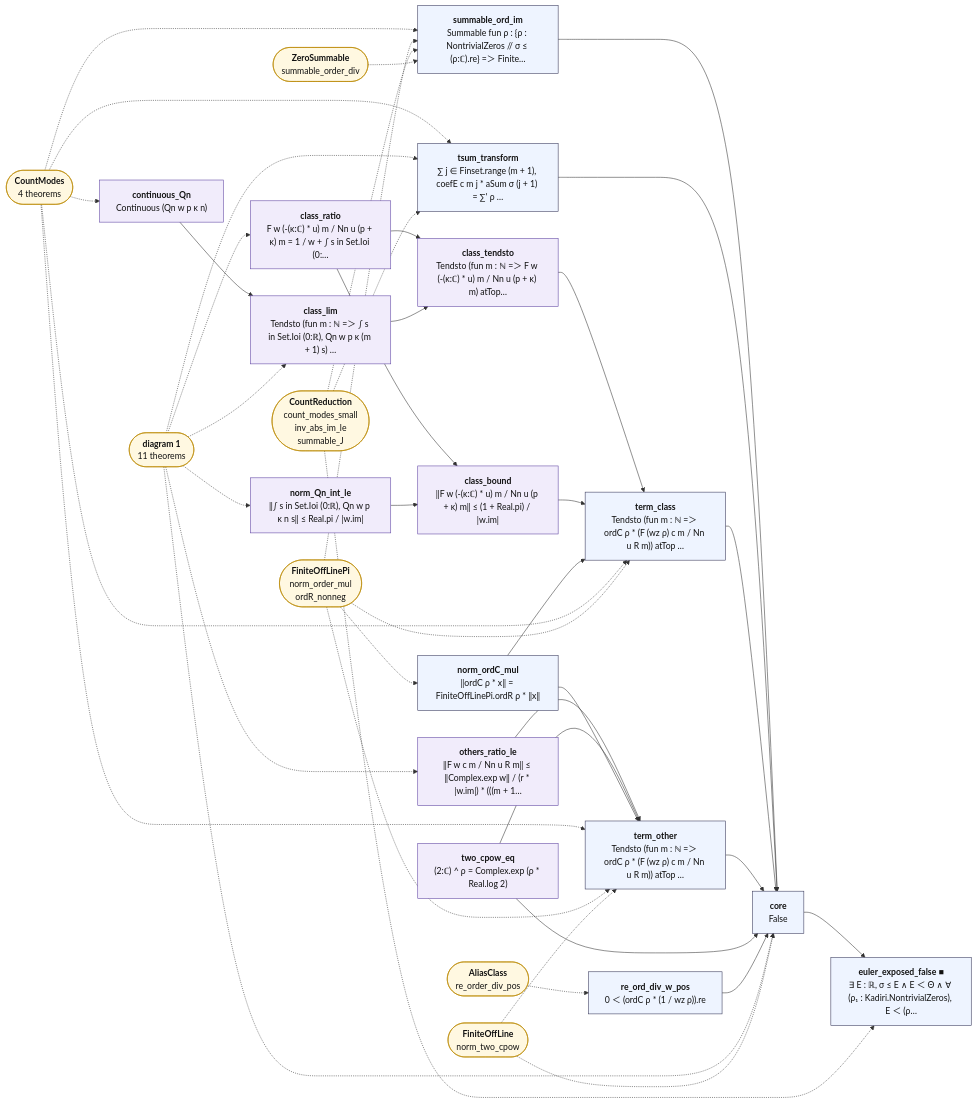
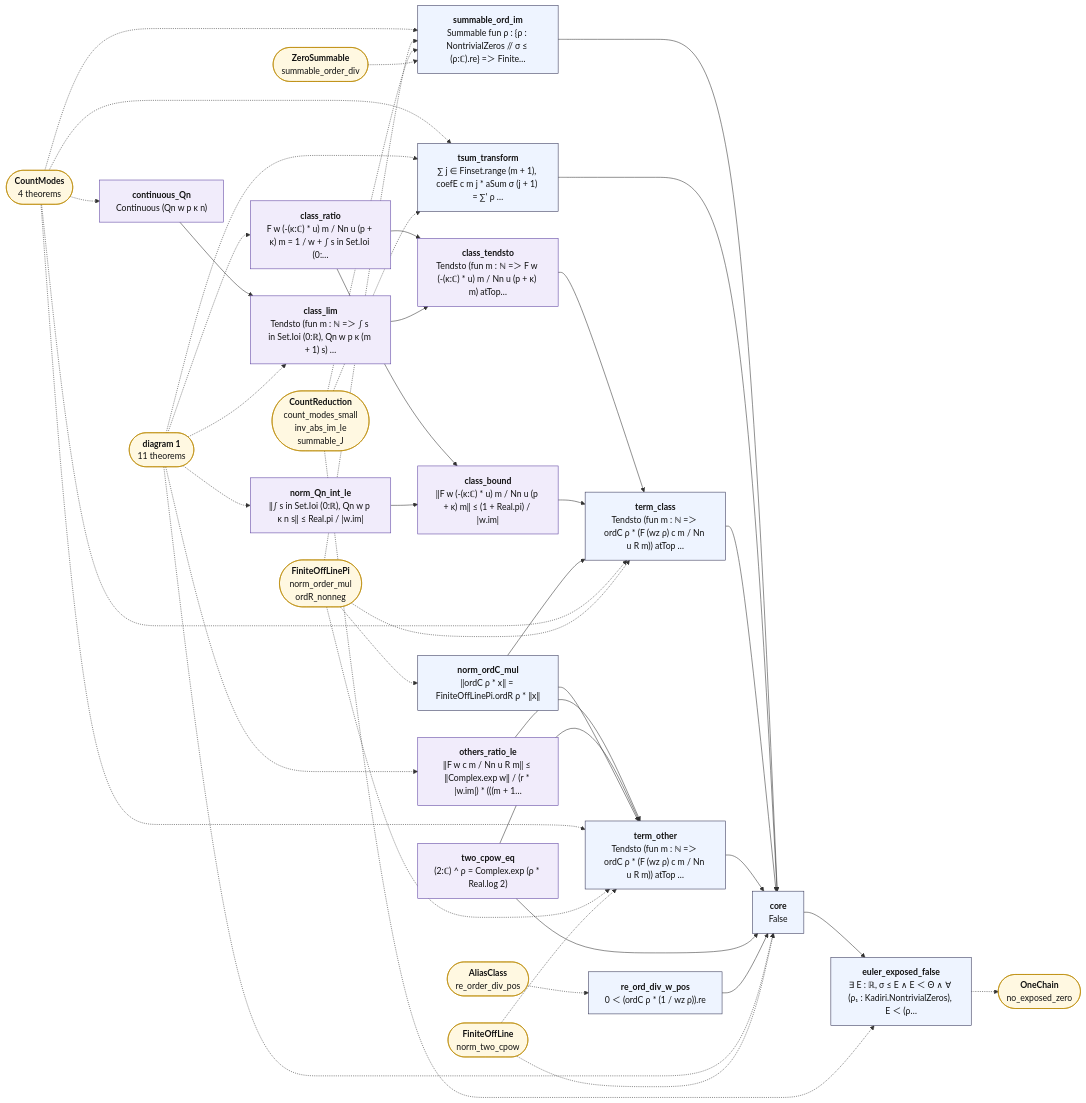
One commit to juliansambranojr/Primebeat_081426 changed the second of 2 diagrams in map/lean_stage3/CountEuler.md. Above: the diagram before and after it, drawn with Mermaid. The commit also changed other lines of this file and 62 other files, not shown here.

First line of the commit message:
Block J4: one chain, the closed loop tied to the tree's main theorems (unit 0479)

````diff
--- a/map/lean_stage3/CountEuler.md
+++ b/map/lean_stage3/CountEuler.md
@@ -109,74 +109,76 @@
 ```mermaid
 flowchart LR
   n0["<b>continuous_Qn</b><br/>Continuous (Qn w p κ n)"]:::shp
   n1["<b>class_ratio</b><br/>F w (-(κ:ℂ) * u) m / Nn u (p + κ) m = 1 / w + ∫ s in Set.Ioi (0:…"]:::shp
   n2["<b>class_lim</b><br/>Tendsto (fun m : ℕ =＞ ∫ s in Set.Ioi (0:ℝ), Qn w p κ (m + 1) s) …"]:::shp
   n3["<b>norm_Qn_int_le</b><br/>‖∫ s in Set.Ioi (0:ℝ), Qn w p κ n s‖ ≤ Real.pi / |w.im|"]:::shp
   n4["<b>class_tendsto</b><br/>Tendsto (fun m : ℕ =＞ F w (-(κ:ℂ) * u) m / Nn u (p + κ) m) atTop…"]:::shp
   n5["<b>class_bound</b><br/>‖F w (-(κ:ℂ) * u) m / Nn u (p + κ) m‖ ≤ (1 + Real.pi) / |w.im|"]:::shp
   n6["<b>others_ratio_le</b><br/>‖F w c m / Nn u R m‖ ≤ ‖Complex.exp w‖ / (r * |w.im|) * (((m + 1…"]:::shp
   n7["<b>two_cpow_eq</b><br/>(2:ℂ) ^ ρ = Complex.exp (ρ * Real.log 2)"]:::shp
   n8["<b>norm_ordC_mul</b><br/>‖ordC ρ * x‖ = FiniteOffLinePi.ordR ρ * ‖x‖"]:::thm
   n9["<b>re_ord_div_w_pos</b><br/>0 ＜ (ordC ρ * (1 / wz ρ)).re"]:::thm
   n10["<b>summable_ord_im</b><br/>Summable fun ρ : {ρ : NontrivialZeros // σ ≤ (ρ:ℂ).re} =＞ Finite…"]:::thm
   n11["<b>tsum_transform</b><br/>∑ j ∈ Finset.range (m + 1), coefE c m j * aSum σ (j + 1) = ∑' ρ …"]:::thm
   n12["<b>term_class</b><br/>Tendsto (fun m : ℕ =＞ ordC ρ * (F (wz ρ) c m / Nn u R m)) atTop …"]:::thm
   n13["<b>term_other</b><br/>Tendsto (fun m : ℕ =＞ ordC ρ * (F (wz ρ) c m / Nn u R m)) atTop …"]:::thm
   n14["<b>core</b><br/>False"]:::thm
-  n15["<b>euler_exposed_false ■</b><br/>∃ E : ℝ, σ ≤ E ∧ E ＜ Θ ∧ ∀ (ρ₁ : Kadiri.NontrivialZeros), E ＜ (ρ…"]:::thm
+  n15["<b>euler_exposed_false</b><br/>∃ E : ℝ, σ ≤ E ∧ E ＜ Θ ∧ ∀ (ρ₁ : Kadiri.NontrivialZeros), E ＜ (ρ…"]:::thm
   x0(["<b>CountModes</b><br/>4 theorems"]):::ext
   x1(["<b>diagram 1</b><br/>11 theorems"]):::ext
   x2(["<b>FiniteOffLinePi</b><br/>norm_order_mul<br/>ordR_nonneg"]):::ext
   x3(["<b>AliasClass</b><br/>re_order_div_pos"]):::ext
   x4(["<b>CountReduction</b><br/>count_modes_small<br/>inv_abs_im_le<br/>summable_J"]):::ext
   x5(["<b>ZeroSummable</b><br/>summable_order_div"]):::ext
   x6(["<b>FiniteOffLine</b><br/>norm_two_cpow"]):::ext
+  x7(["<b>OneChain</b><br/>no_exposed_zero"]):::ext
   n0 --> n2
   n1 --> n4
   n1 --> n5
   n10 --> n14
   n11 --> n14
   n12 --> n14
   n13 --> n14
   n14 --> n15
   n2 --> n4
   n3 --> n5
   n4 --> n12
   n5 --> n12
   n6 --> n13
   n7 --> n13
   n7 --> n14
   n8 --> n12
   n8 --> n13
   n9 --> n14
+  n15 -.-> x7
   x0 -.-> n0
   x0 -.-> n10
   x0 -.-> n11
   x0 -.-> n12
   x0 -.-> n13
   x1 -.-> n1
   x1 -.-> n11
   x1 -.-> n14
   x1 -.-> n2
   x1 -.-> n3
   x1 -.-> n6
   x2 -.-> n10
   x2 -.-> n12
   x2 -.-> n13
   x2 -.-> n8
   x3 -.-> n9
   x4 -.-> n10
   x4 -.-> n11
   x4 -.-> n15
   x5 -.-> n10
   x6 -.-> n13
   x6 -.-> n14
   classDef cnt fill:#dff5ec,stroke:#17694a,color:#111
   classDef shp fill:#f1ecfb,stroke:#5b3fa0,color:#111
   classDef rh fill:#ffe5e5,stroke:#c22,color:#111,stroke-width:2px
   classDef thm fill:#eef4ff,stroke:#335,color:#111
   classDef end_ fill:#e7f7e7,stroke:#2a7,color:#111,stroke-width:2px
   classDef lone fill:#fff,stroke:#999,color:#111,stroke-dasharray:4 3
   classDef bad fill:#ffe5e5,stroke:#c22,color:#111,stroke-width:2px
   classDef ext fill:#fff8e1,stroke:#b80,color:#111
 ```
````
